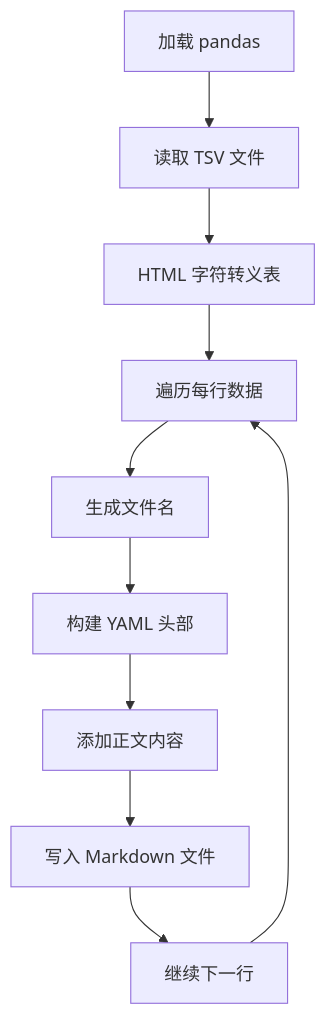
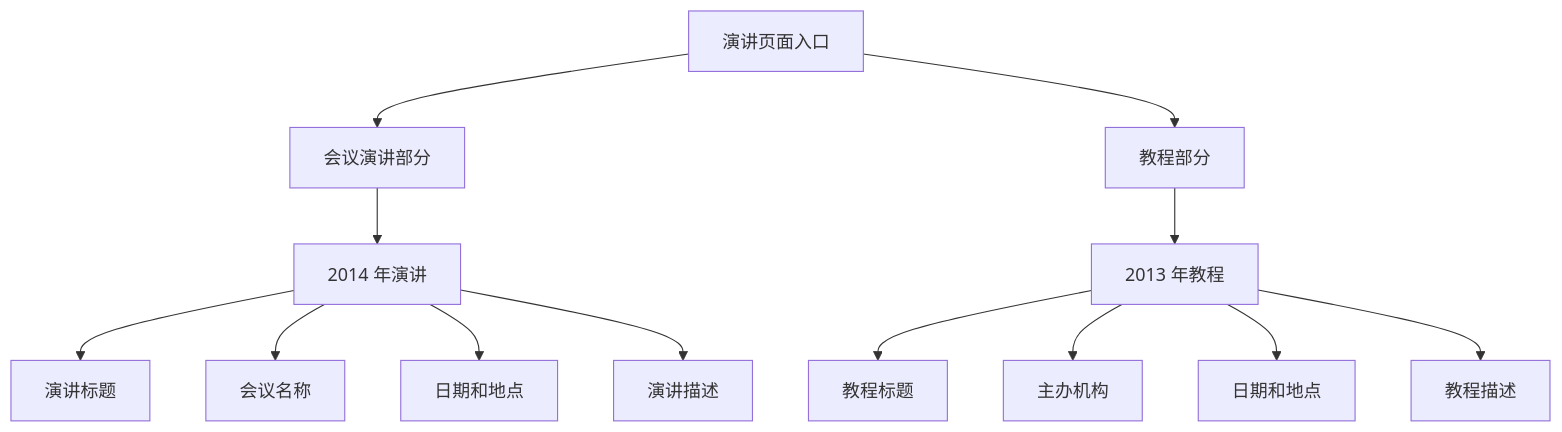
Before and after one commit to CoolPig0720/CoolPig0720.github.io: the fifth of 9 diagrams in .qoder/repowiki/zh/content/数据处理和自动化/Python 数据处理脚本.md, drawn with Mermaid. The commit also changed other lines of this file and 36 other files, not shown here.

````diff
--- a/.qoder/repowiki/zh/content/数据处理和自动化/Python 数据处理脚本.md
+++ b/.qoder/repowiki/zh/content/数据处理和自动化/Python 数据处理脚本.md
@@ -277,12 +216,15 @@
 ```mermaid
 flowchart TD
-A[加载 pandas] --> B[读取 TSV 文件]
-B --> C[HTML 字符转义表]
-C --> D[遍历每行数据]
-D --> E[生成文件名]
-E --> F[构建 YAML 头部]
-F --> G[添加正文内容]
-G --> H[写入 Markdown 文件]
-H --> I[继续下一行]
-I --> D
+A[演讲页面入口] --> B[会议演讲部分]
+A --> C[教程部分]
+B --> D[2014 年演讲]
+C --> E[2013 年教程]
+D --> F[演讲标题]
+D --> G[会议名称]
+D --> H[日期和地点]
+D --> I[演讲描述]
+E --> J[教程标题]
+E --> K[主办机构]
+E --> L[日期和地点]
+E --> M[教程描述]
 ```
````
